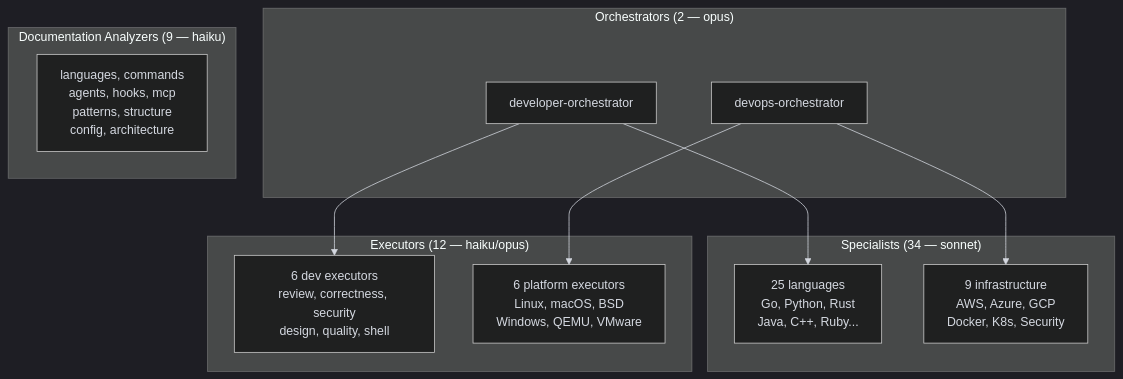
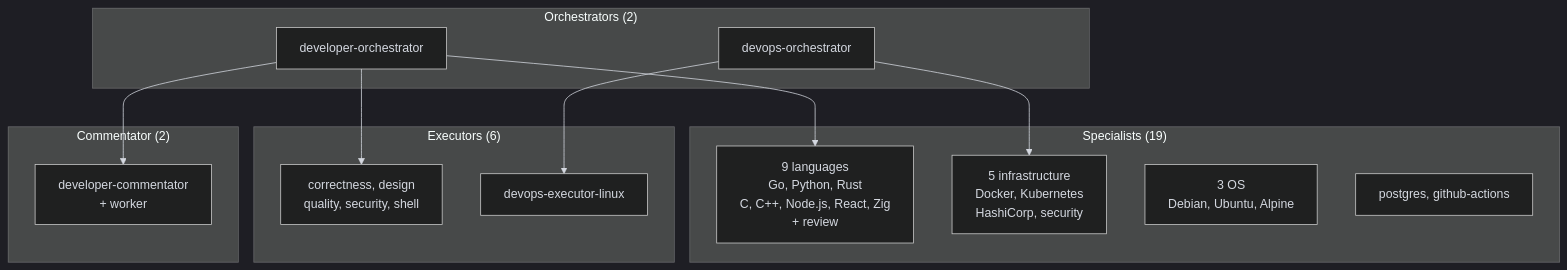
Before and after one commit to kodflow/devcontainer-template: the second of 2 diagrams in docs/architecture/README.md, drawn with Mermaid. The commit also changed other lines of this file and 305 other files, not shown here.

````diff
--- a/docs/architecture/README.md
+++ b/docs/architecture/README.md
@@ -107,33 +113,36 @@
 ```mermaid
 %%{init: {'theme': 'dark', 'themeVariables': {
   'primaryColor': '#9D76FB1a',
   'primaryBorderColor': '#9D76FB',
   'primaryTextColor': '#d4d8e0',
   'lineColor': '#d4d8e0',
   'textColor': '#d4d8e0'
 }}}%%
 flowchart TD
-    subgraph ORCH["Orchestrators (2 — opus)"]
+    subgraph ORCH["Orchestrators (2)"]
         DO[developer-orchestrator]
         OO[devops-orchestrator]
     end
 
-    subgraph SPEC["Specialists (34 — sonnet)"]
-        LS[25 languages<br/>Go, Python, Rust<br/>Java, C++, Ruby...]
-        IS[9 infrastructure<br/>AWS, Azure, GCP<br/>Docker, K8s, Security]
+    subgraph SPEC["Specialists (19)"]
+        LS[9 languages<br/>Go, Python, Rust<br/>C, C++, Node.js, React, Zig<br/>+ review]
+        IS[5 infrastructure<br/>Docker, Kubernetes<br/>HashiCorp, security]
+        OS[3 OS<br/>Debian, Ubuntu, Alpine]
+        DS[postgres, github-actions]
     end
 
-    subgraph EXEC["Executors (12 — haiku/opus)"]
-        DE[6 dev executors<br/>review, correctness, security<br/>design, quality, shell]
-        PE[6 platform executors<br/>Linux, macOS, BSD<br/>Windows, QEMU, VMware]
+    subgraph EXEC["Executors (6)"]
+        DE[correctness, design<br/>quality, security, shell]
+        PE[devops-executor-linux]
     end
 
-    subgraph DOCS["Documentation Analyzers (9 — haiku)"]
-        DA[languages, commands<br/>agents, hooks, mcp<br/>patterns, structure<br/>config, architecture]
+    subgraph CMT["Commentator (2)"]
+        DC[developer-commentator<br/>+ worker]
     end
 
     DO --> LS
     DO --> DE
+    DO --> DC
     OO --> IS
     OO --> PE
 ```
````
